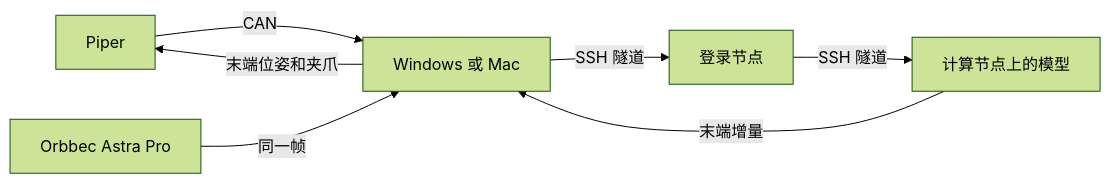
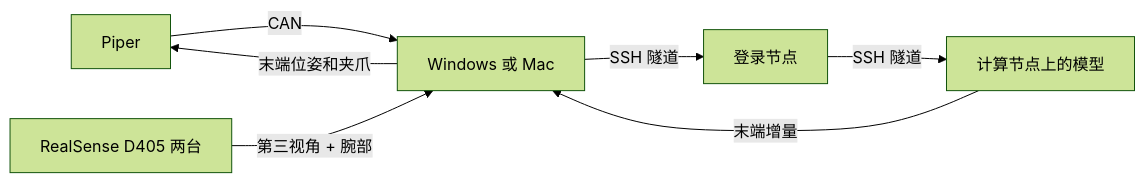
One commit to Yuxi1000/CEI_robot_arms changed the diagram in 用户文档.md. Above: the diagram before and after it, drawn with Mermaid (forest theme). The commit also changed other lines of this file and 18 other files, not shown here.

First line of the commit message:
Read both RealSense D405 cameras for inference and recording.

````diff
--- a/用户文档.md
+++ b/用户文档.md
@@ -7,14 +7,14 @@
 ```mermaid
 flowchart LR
   arm[Piper]
-  cam[Orbbec Astra Pro]
+  cam[RealSense D405 两台]
   pc[Windows 或 Mac]
   login[登录节点]
   gpu[计算节点上的模型]
   arm -->|CAN| pc
-  cam -->|同一帧| pc
+  cam -->|第三视角 + 腕部| pc
   pc -->|SSH 隧道| login
   login -->|SSH 隧道| gpu
   gpu -->|末端增量| pc
   pc -->|末端位姿和夹爪| arm
 ```
````
